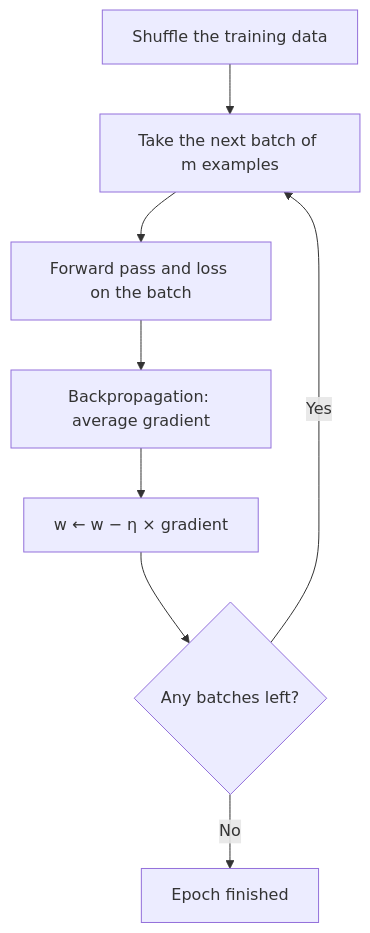
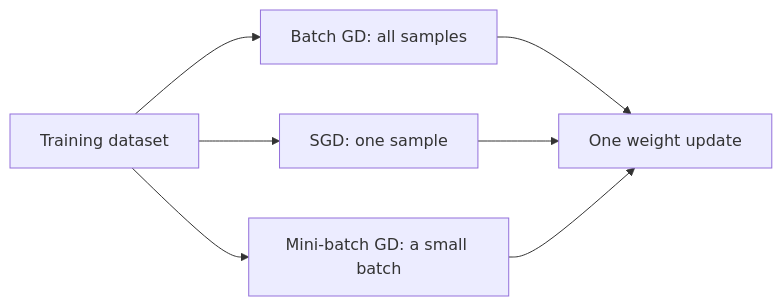
One commit to TrendySloth1001/sem-seven-notes changed the diagram in content/deep-learning/pyq/2024-12/q3a.mdx. Above: the diagram before and after it, drawn with Mermaid. The commit also changed other lines of this file and 254 other files, not shown here.

Commit message:
Rewrite the backpropagation, gradient descent, regularization and autoencoder notes and their 29 answers from the teachers' class files. They use 185 teacher figures with class-notes citations only, and correct the AdaGrad, RMSProp, Nesterov and batch-norm numbers on the slides.

````diff
--- a/content/deep-learning/pyq/2024-12/q3a.mdx
+++ b/content/deep-learning/pyq/2024-12/q3a.mdx
@@ -32,11 +9,10 @@
 ```mermaid
-%% caption: One epoch of mini-batch gradient descent. Setting the batch size to N gives batch GD; setting it to 1 gives SGD.
-flowchart TD
-  A["Shuffle the training data"] --> B["Take the next batch of m examples"]
-  B --> C["Forward pass and loss on the batch"]
-  C --> D["Backpropagation: average gradient"]
-  D --> E["w ← w − η × gradient"]
-  E --> F{"Any batches left?"}
-  F -- "Yes" --> B
-  F -- "No" --> G["Epoch finished"]
+%% caption: The three types of gradient descent differ in how many samples are used before one weight update.
+flowchart LR
+  D["Training dataset"] --> A["Batch GD: all samples"]
+  D --> B["SGD: one sample"]
+  D --> C["Mini-batch GD: a small batch"]
+  A --> U["One weight update"]
+  B --> U
+  C --> U
 ```
````
